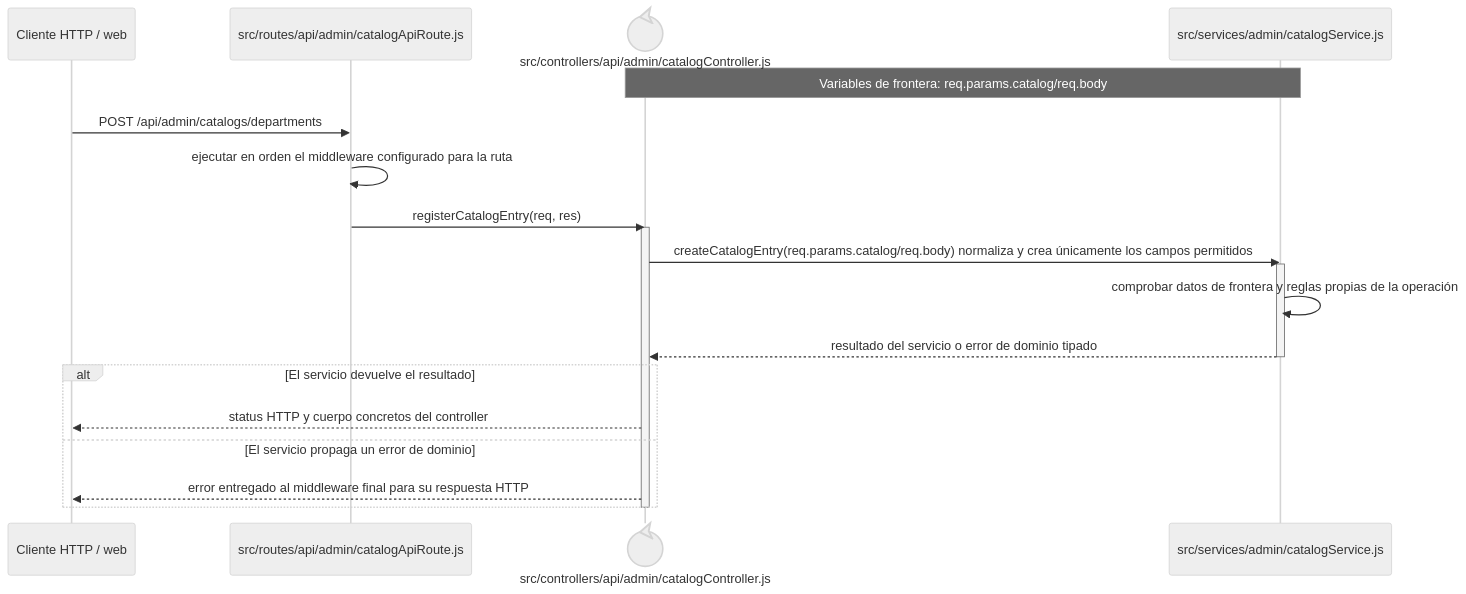
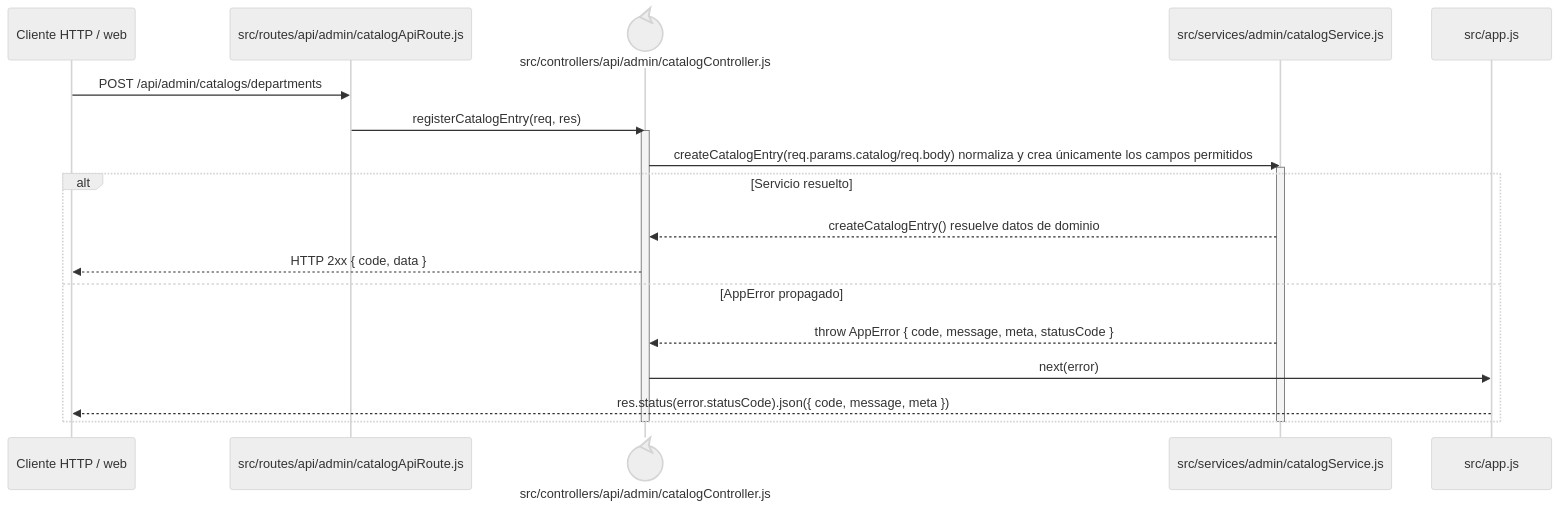
Before and after one commit to gpgsistemas01/nexus: the diagram in docs/architecture/backend-code-sequences/catalogs/cu-cat-10.md, drawn with Mermaid (neutral theme). The commit also changed 148 other files, not shown here.

````diff
--- a/docs/architecture/backend-code-sequences/catalogs/cu-cat-10.md
+++ b/docs/architecture/backend-code-sequences/catalogs/cu-cat-10.md
@@ -6,24 +6,24 @@
 ```mermaid
 sequenceDiagram
     participant Client as Cliente HTTP / web
     participant Route as src/routes/api/admin/catalogApiRoute.js
     participant Controller@{ "type": "control" } as src/controllers/api/admin/catalogController.js
     participant Domain as src/services/admin/catalogService.js
-    Note over Controller,Domain: Variables de frontera: req.params.catalog/req.body
+    participant ErrorHandler as src/app.js
 
     Client->>Route: POST /api/admin/catalogs/departments
-    Route->>Route: ejecutar en orden el middleware configurado para la ruta
     Route->>Controller: registerCatalogEntry(req, res)
     activate Controller
     Controller->>Domain: createCatalogEntry(req.params.catalog/req.body) normaliza y crea únicamente los campos permitidos
     activate Domain
-    Domain->>Domain: comprobar datos de frontera y reglas propias de la operación
-    Domain-->>Controller: resultado del servicio o error de dominio tipado
+    alt Servicio resuelto
+        Domain-->>Controller: createCatalogEntry() resuelve datos de dominio
+        Controller-->>Client: HTTP 2xx { code, data }
+    else AppError propagado
+        Domain-->>Controller: throw AppError { code, message, meta, statusCode }
+        Controller->>ErrorHandler: next(error)
+        ErrorHandler-->>Client: res.status(error.statusCode).json({ code, message, meta })
+    end
     deactivate Domain
-    alt El servicio devuelve el resultado
-        Controller-->>Client: status HTTP y cuerpo concretos del controller
-    else El servicio propaga un error de dominio
-        Controller-->>Client: error entregado al middleware final para su respuesta HTTP
-    end
     deactivate Controller
 ```
````
